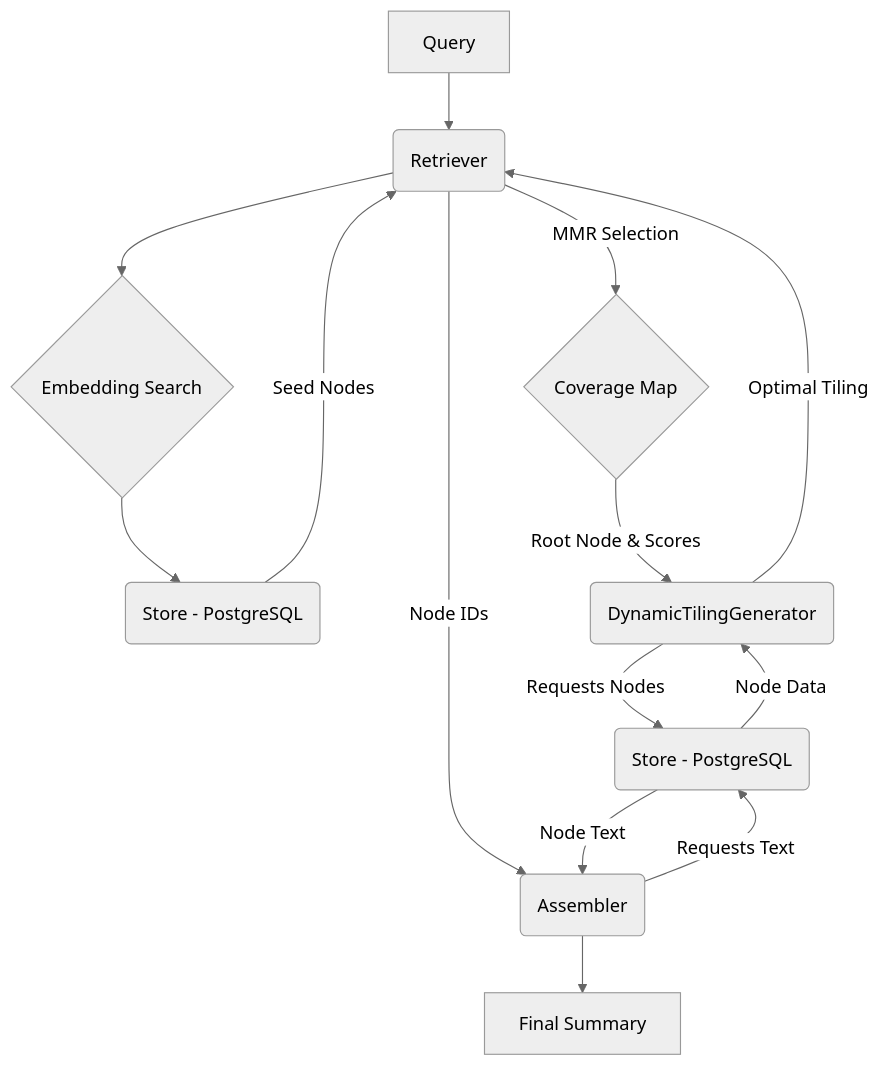
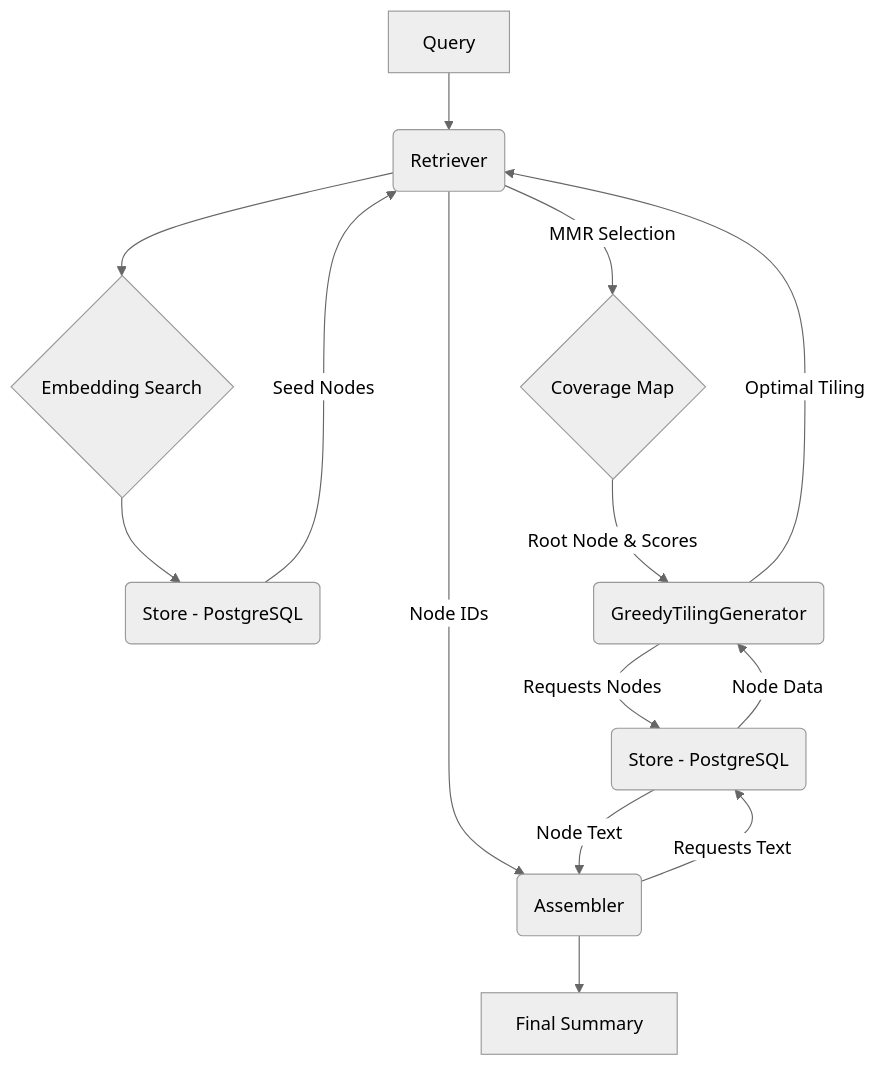
One commit to eumemic/dynamic-summary changed the second of 2 diagrams in docs/architecture.md. Above: the diagram before and after it, drawn with Mermaid (neutral theme). The commit also changed other lines of this file and 33 other files, not shown here.

````diff
--- a/docs/architecture.md
+++ b/docs/architecture.md
@@ -85,16 +81,16 @@
 ```mermaid
 graph TD;
     A[Query] --> B(Retriever);
     B --> C{Embedding Search};
     C --> D(Store - PostgreSQL);
     D -- Seed Nodes --> B;
     B -- MMR Selection --> B2{Coverage Map};
-    B2 -- Root Node & Scores --> E(DynamicTilingGenerator);
+    B2 -- Root Node & Scores --> E(GreedyTilingGenerator);
     E -- Requests Nodes --> F(Store - PostgreSQL);
     F -- Node Data --> E;
     E -- Optimal Tiling --> B;
     B -- Node IDs --> G(Assembler);
     G -- Requests Text --> F;
     F -- Node Text --> G;
     G --> H[Final Summary];
 ```
````
